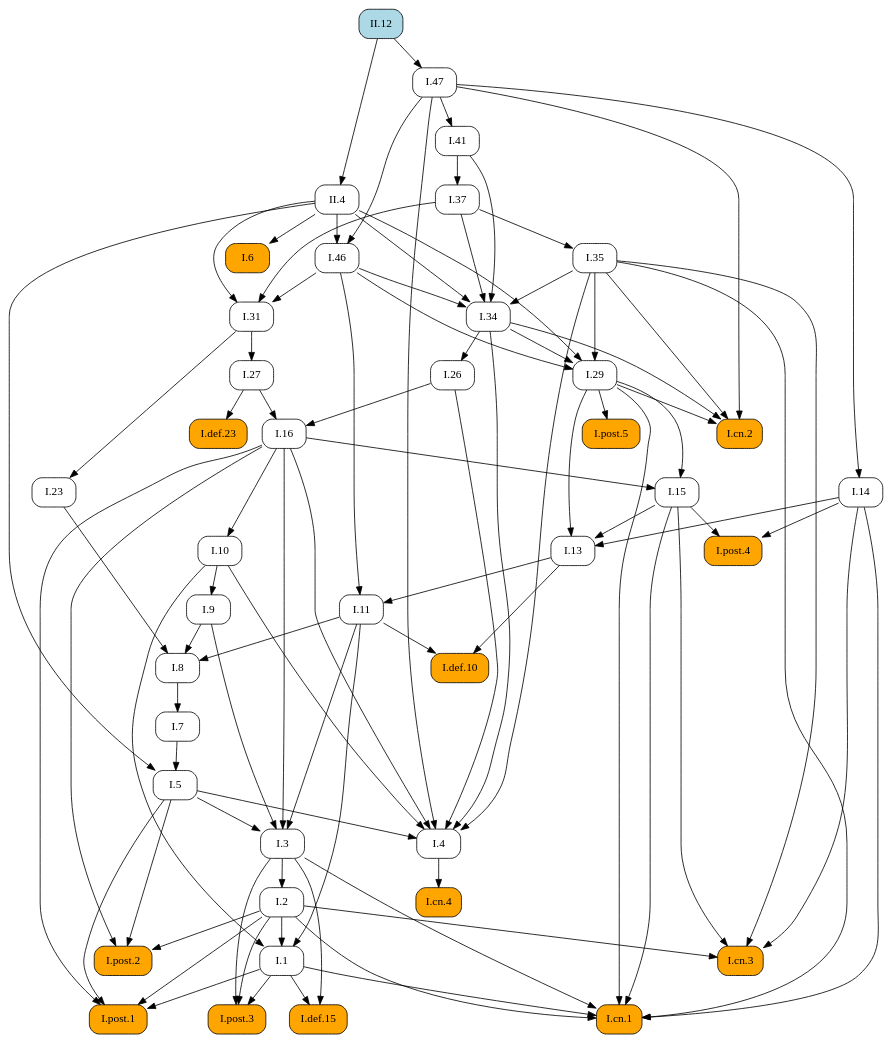
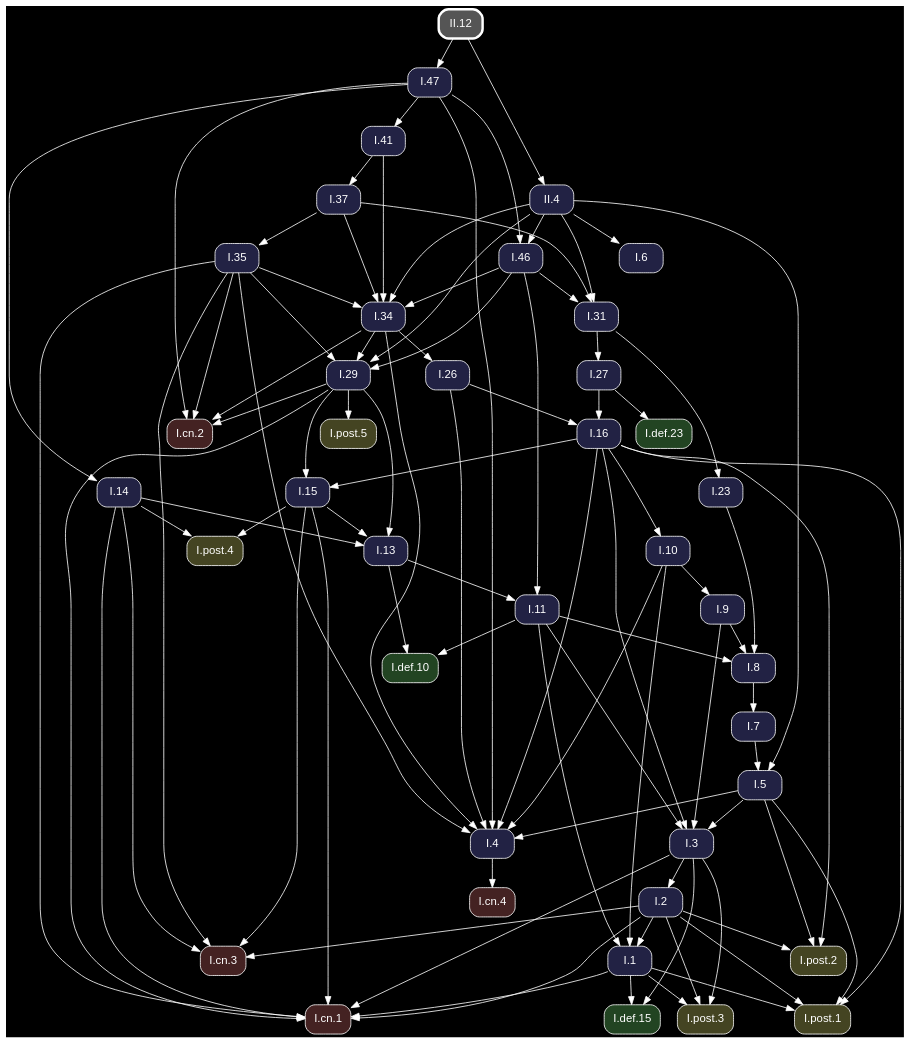
The diagram in docsrc/heath/II/12/index.rst (geometor/elements), drawn with Graphviz before and after one commit. The commit also changed other lines of this file and 1200 other files, not shown here.

Commit message:
update dependency graphs

```diff
--- a/docsrc/heath/II/12/index.rst
+++ b/docsrc/heath/II/12/index.rst
@@ -50,78 +50,58 @@
 .. graphviz::
 
    digraph {
+     bgcolor="black";
+     node [shape=box, style="rounded,filled", fontname="Helvetica", color="white", fontcolor="white"];
+     edge [color="white", fontcolor="white"];
      rankdir="TB";
-     node [shape=box, style=rounded];
-     "I.23" [URL="/heath/I/23/", target="_top"];
-     "I.9" [URL="/heath/I/9/", target="_top"];
-     "I.def.15" [style="rounded,filled", fillcolor=orange, URL="/heath/I/def.15/", target="_top"];
-     "I.47" [URL="/heath/I/47/", target="_top"];
-     "II.12" [style="rounded,filled", fillcolor=lightblue, URL="/heath/II/12/", target="_top"];
-     "I.post.3" [style="rounded,filled", fillcolor=orange, URL="/heath/I/post.3/", target="_top"];
-     "I.post.1" [style="rounded,filled", fillcolor=orange, URL="/heath/I/post.1/", target="_top"];
-     "I.31" [URL="/heath/I/31/", target="_top"];
-     "I.def.10" [style="rounded,filled", fillcolor=orange, URL="/heath/I/def.10/", target="_top"];
-     "I.27" [URL="/heath/I/27/", target="_top"];
-     "I.14" [URL="/heath/I/14/", target="_top"];
-     "II.4" [URL="/heath/II/4/", target="_top"];
-     "I.34" [URL="/heath/I/34/", target="_top"];
-     "I.3" [URL="/heath/I/3/", target="_top"];
-     "I.35" [URL="/heath/I/35/", target="_top"];
-     "I.cn.1" [style="rounded,filled", fillcolor=orange, URL="/heath/I/cn.1/", target="_top"];
-     "I.7" [URL="/heath/I/7/", target="_top"];
-     "I.2" [URL="/heath/I/2/", target="_top"];
-     "I.13" [URL="/heath/I/13/", target="_top"];
-     "I.post.4" [style="rounded,filled", fillcolor=orange, URL="/heath/I/post.4/", target="_top"];
-     "I.4" [URL="/heath/I/4/", target="_top"];
-     "I.1" [URL="/heath/I/1/", target="_top"];
-     "I.5" [URL="/heath/I/5/", target="_top"];
-     "I.37" [URL="/heath/I/37/", target="_top"];
-     "I.8" [URL="/heath/I/8/", target="_top"];
-     "I.cn.3" [style="rounded,filled", fillcolor=orange, URL="/heath/I/cn.3/", target="_top"];
-     "I.29" [URL="/heath/I/29/", target="_top"];
-     "I.16" [URL="/heath/I/16/", target="_top"];
-     "I.15" [URL="/heath/I/15/", target="_top"];
-     "I.10" [URL="/heath/I/10/", target="_top"];
-     "I.11" [URL="/heath/I/11/", target="_top"];
-     "I.def.23" [style="rounded,filled", fillcolor=orange, URL="/heath/I/def.23/", target="_top"];
-     "I.cn.2" [style="rounded,filled", fillcolor=orange, URL="/heath/I/cn.2/", target="_top"];
-     "I.post.5" [style="rounded,filled", fillcolor=orange, URL="/heath/I/post.5/", target="_top"];
-     "I.cn.4" [style="rounded,filled", fillcolor=orange, URL="/heath/I/cn.4/", target="_top"];
-     "I.41" [URL="/heath/I/41/", target="_top"];
-     "I.post.2" [style="rounded,filled", fillcolor=orange, URL="/heath/I/post.2/", target="_top"];
-     "I.46" [URL="/heath/I/46/", target="_top"];
-     "I.26" [URL="/heath/I/26/", target="_top"];
-     "I.6" [style="rounded,filled", fillcolor=orange, URL="/heath/I/6/", target="_top"];
-     "I.31" -> "I.23";
-     "I.10" -> "I.9";
-     "I.1" -> "I.def.15";
-     "I.3" -> "I.def.15";
-     "II.12" -> "I.47";
-     "I.1" -> "I.post.3";
-     "I.2" -> "I.post.3";
-     "I.3" -> "I.post.3";
-     "I.1" -> "I.post.1";
-     "I.2" -> "I.post.1";
-     "I.5" -> "I.post.1";
-     "I.16" -> "I.post.1";
+     "I.31" [fillcolor="#222244", URL="/heath/I/31/", target="_top"];
+     "I.6" [fillcolor="#222244", URL="/heath/I/6/", target="_top"];
+     "I.3" [fillcolor="#222244", URL="/heath/I/3/", target="_top"];
+     "I.cn.1" [fillcolor="#442222", URL="/heath/I/cn.1/", target="_top"];
+     "I.def.10" [fillcolor="#224422", URL="/heath/I/def.10/", target="_top"];
+     "I.15" [fillcolor="#222244", URL="/heath/I/15/", target="_top"];
+     "I.13" [fillcolor="#222244", URL="/heath/I/13/", target="_top"];
+     "I.27" [fillcolor="#222244", URL="/heath/I/27/", target="_top"];
+     "I.2" [fillcolor="#222244", URL="/heath/I/2/", target="_top"];
+     "I.41" [fillcolor="#222244", URL="/heath/I/41/", target="_top"];
+     "I.cn.2" [fillcolor="#442222", URL="/heath/I/cn.2/", target="_top"];
+     "I.9" [fillcolor="#222244", URL="/heath/I/9/", target="_top"];
+     "I.1" [fillcolor="#222244", URL="/heath/I/1/", target="_top"];
+     "I.post.5" [fillcolor="#444422", URL="/heath/I/post.5/", target="_top"];
+     "I.post.4" [fillcolor="#444422", URL="/heath/I/post.4/", target="_top"];
+     "I.23" [fillcolor="#222244", URL="/heath/I/23/", target="_top"];
+     "I.26" [fillcolor="#222244", URL="/heath/I/26/", target="_top"];
+     "I.8" [fillcolor="#222244", URL="/heath/I/8/", target="_top"];
+     "I.4" [fillcolor="#222244", URL="/heath/I/4/", target="_top"];
+     "I.7" [fillcolor="#222244", URL="/heath/I/7/", target="_top"];
+     "I.5" [fillcolor="#222244", URL="/heath/I/5/", target="_top"];
+     "I.10" [fillcolor="#222244", URL="/heath/I/10/", target="_top"];
+     "I.46" [fillcolor="#222244", URL="/heath/I/46/", target="_top"];
+     "I.post.1" [fillcolor="#444422", URL="/heath/I/post.1/", target="_top"];
+     "I.11" [fillcolor="#222244", URL="/heath/I/11/", target="_top"];
+     "I.37" [fillcolor="#222244", URL="/heath/I/37/", target="_top"];
+     "I.16" [fillcolor="#222244", URL="/heath/I/16/", target="_top"];
+     "I.cn.3" [fillcolor="#442222", URL="/heath/I/cn.3/", target="_top"];
+     "I.29" [fillcolor="#222244", URL="/heath/I/29/", target="_top"];
+     "I.post.2" [fillcolor="#444422", URL="/heath/I/post.2/", target="_top"];
+     "I.cn.4" [fillcolor="#442222", URL="/heath/I/cn.4/", target="_top"];
+     "I.47" [fillcolor="#222244", URL="/heath/I/47/", target="_top"];
+     "I.14" [fillcolor="#222244", URL="/heath/I/14/", target="_top"];
+     "I.35" [fillcolor="#222244", URL="/heath/I/35/", target="_top"];
+     "I.def.23" [fillcolor="#224422", URL="/heath/I/def.23/", target="_top"];
+     "II.12" [penwidth=3, color="white", fillcolor="#555555", URL="/heath/II/12/", target="_top"];
+     "I.post.3" [fillcolor="#444422", URL="/heath/I/post.3/", target="_top"];
+     "I.34" [fillcolor="#222244", URL="/heath/I/34/", target="_top"];
+     "I.def.15" [fillcolor="#224422", URL="/heath/I/def.15/", target="_top"];
+     "II.4" [fillcolor="#222244", URL="/heath/II/4/", target="_top"];
      "I.37" -> "I.31";
      "I.46" -> "I.31";
      "II.4" -> "I.31";
-     "I.11" -> "I.def.10";
-     "I.13" -> "I.def.10";
-     "I.31" -> "I.27";
-     "I.47" -> "I.14";
-     "II.12" -> "II.4";
-     "I.35" -> "I.34";
-     "I.37" -> "I.34";
-     "I.41" -> "I.34";
-     "I.46" -> "I.34";
-     "II.4" -> "I.34";
+     "II.4" -> "I.6";
      "I.5" -> "I.3";
      "I.9" -> "I.3";
      "I.11" -> "I.3";
      "I.16" -> "I.3";
-     "I.37" -> "I.35";
      "I.1" -> "I.cn.1";
      "I.2" -> "I.cn.1";
      "I.3" -> "I.cn.1";
@@ -129,13 +109,32 @@
      "I.15" -> "I.cn.1";
      "I.29" -> "I.cn.1";
      "I.35" -> "I.cn.1";
-     "I.8" -> "I.7";
-     "I.3" -> "I.2";
+     "I.11" -> "I.def.10";
+     "I.13" -> "I.def.10";
+     "I.16" -> "I.15";
+     "I.29" -> "I.15";
      "I.14" -> "I.13";
      "I.15" -> "I.13";
      "I.29" -> "I.13";
+     "I.31" -> "I.27";
+     "I.3" -> "I.2";
+     "I.47" -> "I.41";
+     "I.29" -> "I.cn.2";
+     "I.34" -> "I.cn.2";
+     "I.35" -> "I.cn.2";
+     "I.47" -> "I.cn.2";
+     "I.10" -> "I.9";
+     "I.2" -> "I.1";
+     "I.10" -> "I.1";
+     "I.11" -> "I.1";
+     "I.29" -> "I.post.5";
      "I.14" -> "I.post.4";
      "I.15" -> "I.post.4";
+     "I.31" -> "I.23";
+     "I.34" -> "I.26";
+     "I.9" -> "I.8";
+     "I.11" -> "I.8";
+     "I.23" -> "I.8";
      "I.5" -> "I.4";
      "I.10" -> "I.4";
      "I.16" -> "I.4";
@@ -143,15 +142,21 @@
      "I.34" -> "I.4";
      "I.35" -> "I.4";
      "I.47" -> "I.4";
-     "I.2" -> "I.1";
-     "I.10" -> "I.1";
-     "I.11" -> "I.1";
+     "I.8" -> "I.7";
      "I.7" -> "I.5";
      "II.4" -> "I.5";
+     "I.16" -> "I.10";
+     "I.47" -> "I.46";
+     "II.4" -> "I.46";
+     "I.1" -> "I.post.1";
+     "I.2" -> "I.post.1";
+     "I.5" -> "I.post.1";
+     "I.16" -> "I.post.1";
+     "I.13" -> "I.11";
+     "I.46" -> "I.11";
      "I.41" -> "I.37";
-     "I.9" -> "I.8";
-     "I.11" -> "I.8";
-     "I.23" -> "I.8";
+     "I.26" -> "I.16";
+     "I.27" -> "I.16";
      "I.2" -> "I.cn.3";
      "I.14" -> "I.cn.3";
      "I.15" -> "I.cn.3";
@@ -160,26 +165,23 @@
      "I.35" -> "I.29";
      "I.46" -> "I.29";
      "II.4" -> "I.29";
-     "I.26" -> "I.16";
-     "I.27" -> "I.16";
-     "I.16" -> "I.15";
-     "I.29" -> "I.15";
-     "I.16" -> "I.10";
-     "I.13" -> "I.11";
-     "I.46" -> "I.11";
-     "I.27" -> "I.def.23";
-     "I.29" -> "I.cn.2";
-     "I.34" -> "I.cn.2";
-     "I.35" -> "I.cn.2";
-     "I.47" -> "I.cn.2";
-     "I.29" -> "I.post.5";
-     "I.4" -> "I.cn.4";
-     "I.47" -> "I.41";
      "I.2" -> "I.post.2";
      "I.5" -> "I.post.2";
      "I.16" -> "I.post.2";
-     "I.47" -> "I.46";
-     "II.4" -> "I.46";
-     "I.34" -> "I.26";
-     "II.4" -> "I.6";
+     "I.4" -> "I.cn.4";
+     "II.12" -> "I.47";
+     "I.47" -> "I.14";
+     "I.37" -> "I.35";
+     "I.27" -> "I.def.23";
+     "I.1" -> "I.post.3";
+     "I.2" -> "I.post.3";
+     "I.3" -> "I.post.3";
+     "I.35" -> "I.34";
+     "I.37" -> "I.34";
+     "I.41" -> "I.34";
+     "I.46" -> "I.34";
+     "II.4" -> "I.34";
+     "I.1" -> "I.def.15";
+     "I.3" -> "I.def.15";
+     "II.12" -> "II.4";
    }
```
